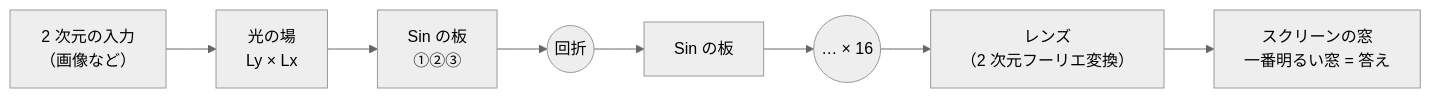
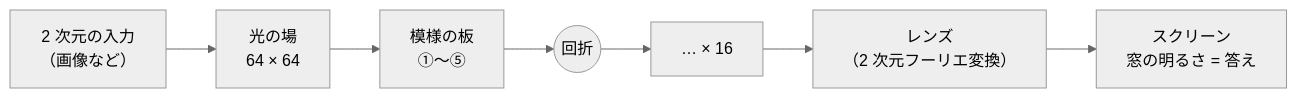
One commit to devaf09/SN2-Parts-2D changed the diagram in README.md. Above: the diagram before and after it, drawn with Mermaid (neutral theme). The commit also changed other lines of this file and 117 other files, not shown here.

````diff
--- a/README.md
+++ b/README.md
@@ -7,10 +11,9 @@
 ```mermaid
 flowchart LR
-    I["2 次元の入力<br/>（画像など）"] --> F["光の場<br/>Ly × Lx"]
-    F --> P1["Sin の板<br/>①②③"]
+    I["2 次元の入力<br/>（画像など）"] --> F["光の場<br/>64 × 64"]
+    F --> P1["模様の板<br/>①〜⑤"]
     P1 --> D1(("回折"))
-    D1 --> P2["Sin の板"]
-    P2 --> D2(("… × 16"))
-    D2 --> L["レンズ<br/>（2 次元フーリエ変換）"]
-    L --> W["スクリーンの窓<br/>一番明るい窓 = 答え"]
+    D1 --> P2["… × 16"]
+    P2 --> L["レンズ<br/>（2 次元フーリエ変換）"]
+    L --> W["スクリーン<br/>窓の明るさ = 答え"]
 ```
````
